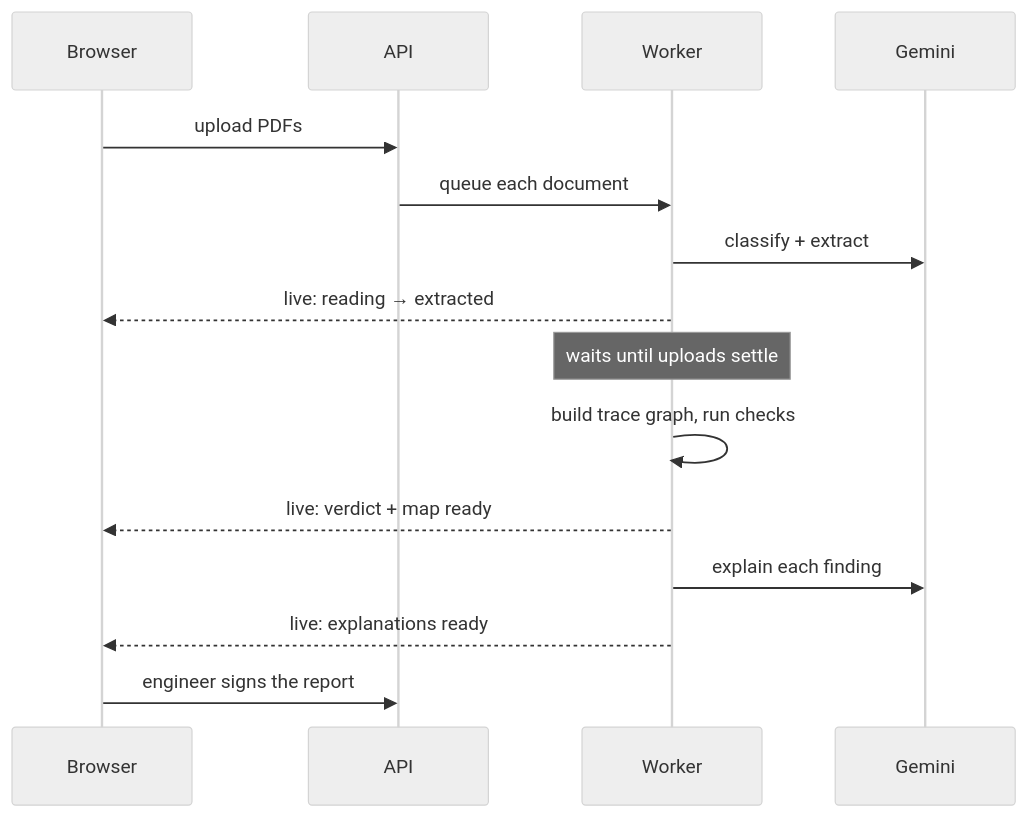
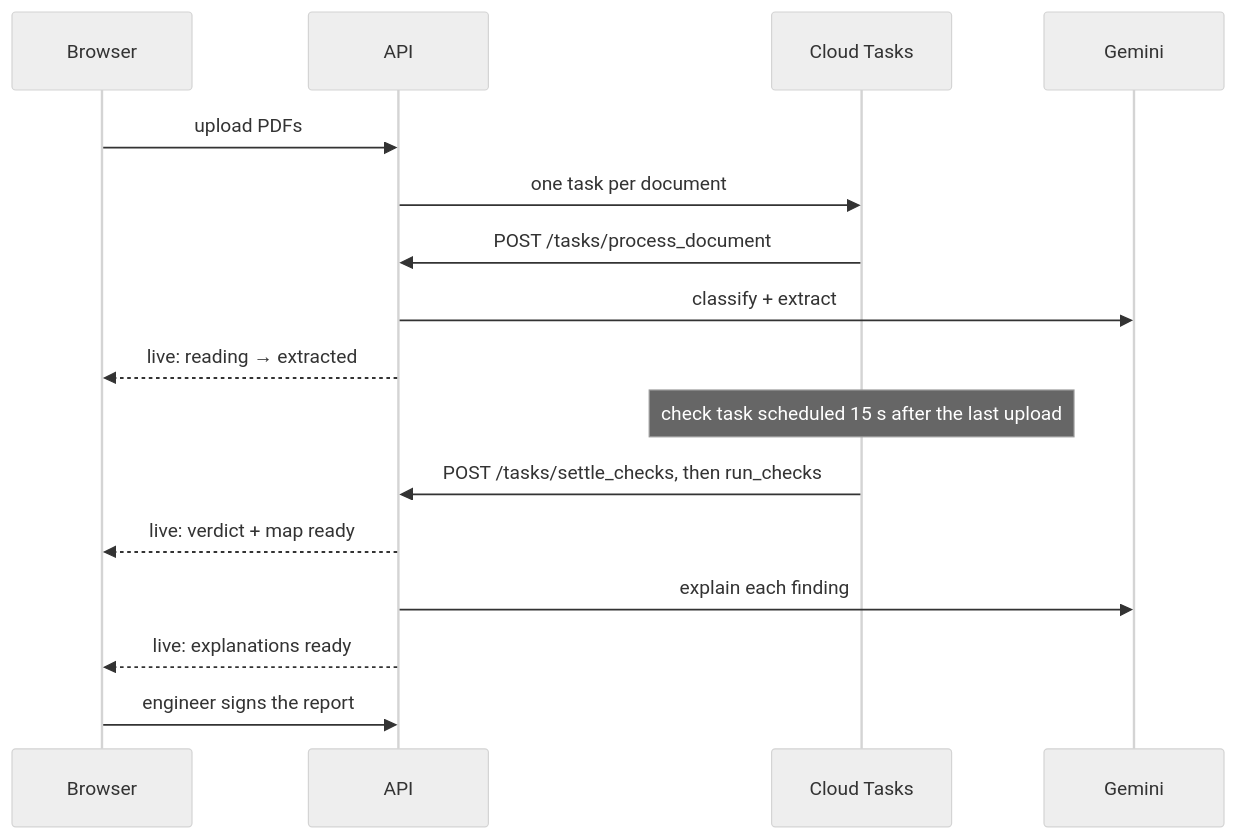
The second of 2 diagrams in README.md (forceki/ai-builder-google-2026), drawn with Mermaid (neutral theme) before and after one commit. The commit also changed other lines of this file and 21 other files, not shown here.

First line of the commit message:
Replace Redis and the worker with Cloud Tasks

````diff
--- a/README.md
+++ b/README.md
@@ -121,17 +120,18 @@
 ```mermaid
 sequenceDiagram
     participant B as Browser
     participant A as API
-    participant W as Worker
+    participant T as Cloud Tasks
     participant G as Gemini
     B->>A: upload PDFs
-    A->>W: queue each document
-    W->>G: classify + extract
-    W-->>B: live: reading → extracted
-    Note over W: waits until uploads settle
-    W->>W: build trace graph, run checks
-    W-->>B: live: verdict + map ready
-    W->>G: explain each finding
-    W-->>B: live: explanations ready
+    A->>T: one task per document
+    T->>A: POST /tasks/process_document
+    A->>G: classify + extract
+    A-->>B: live: reading → extracted
+    Note over T: check task scheduled 15 s after the last upload
+    T->>A: POST /tasks/settle_checks, then run_checks
+    A-->>B: live: verdict + map ready
+    A->>G: explain each finding
+    A-->>B: live: explanations ready
     B->>A: engineer signs the report
 ```
````
